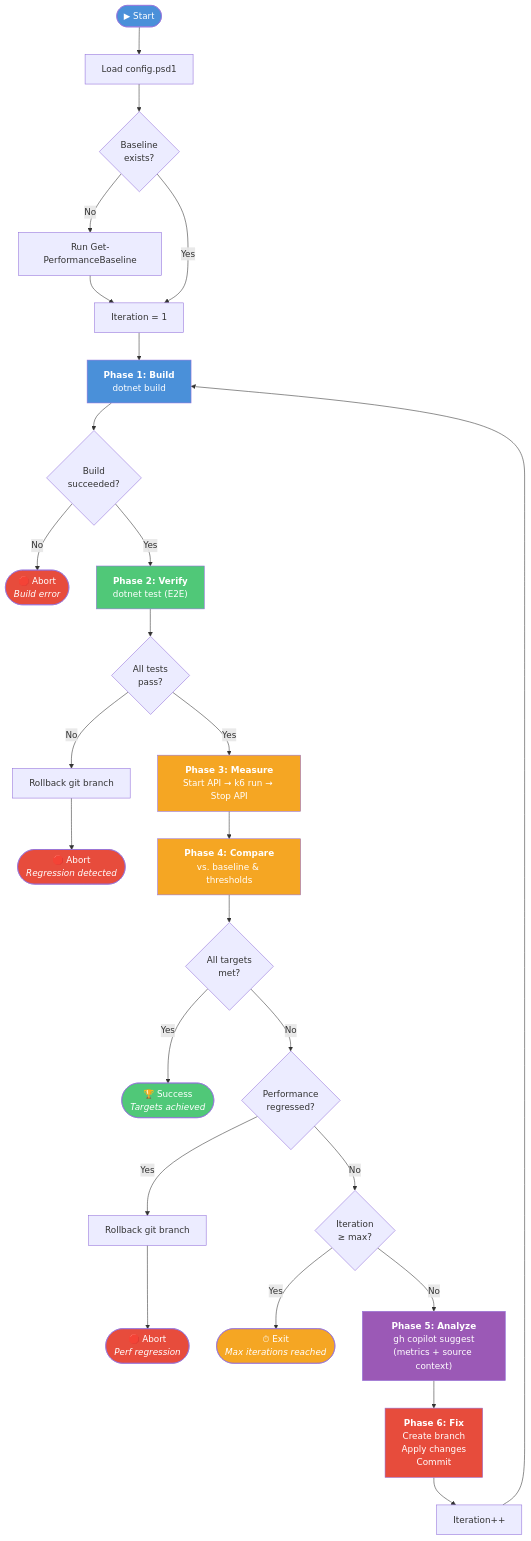
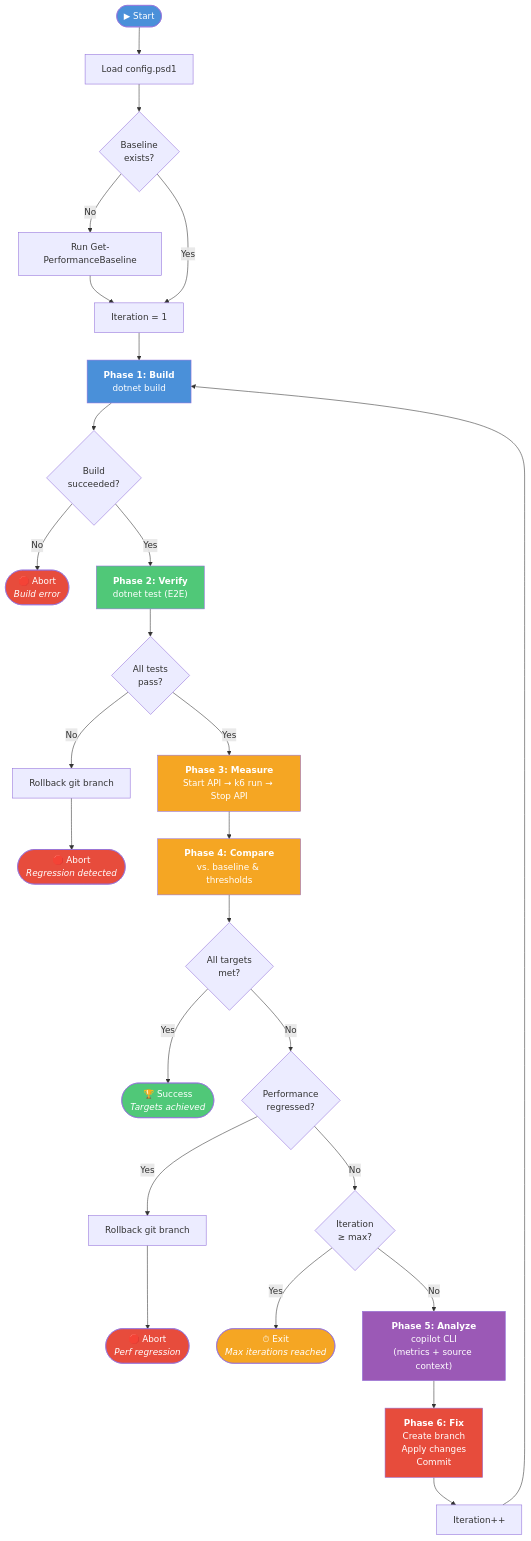
One commit to J-Bax/Hone changed the fourth of 6 diagrams in README.md. Above: the diagram before and after it, drawn with Mermaid. The commit also changed other lines of this file and 1 other file, not shown here.

First line of the commit message:
docs: sync architecture.md and README.md with actual codebase

````diff
--- a/README.md
+++ b/README.md
@@ -153,48 +153,48 @@
 ```mermaid
 flowchart TD
     START(["▶ Start"]) --> LOAD_CONFIG["Load config.psd1"]
     LOAD_CONFIG --> CHECK_BASELINE{"Baseline<br/>exists?"}
     CHECK_BASELINE -- No --> RUN_BASELINE["Run Get-PerformanceBaseline"]
     RUN_BASELINE --> SET_ITER
     CHECK_BASELINE -- Yes --> SET_ITER["Iteration = 1"]
 
     SET_ITER --> BUILD["<b>Phase 1: Build</b><br/>dotnet build"]
     BUILD --> BUILD_OK{"Build<br/>succeeded?"}
     BUILD_OK -- No --> ABORT_BUILD(["🛑 Abort<br/><i>Build error</i>"])
     BUILD_OK -- Yes --> VERIFY
 
     VERIFY["<b>Phase 2: Verify</b><br/>dotnet test (E2E)"] --> TESTS_OK{"All tests<br/>pass?"}
     TESTS_OK -- No --> ROLLBACK_TEST["Rollback git branch"]
     ROLLBACK_TEST --> ABORT_TEST(["🛑 Abort<br/><i>Regression detected</i>"])
     TESTS_OK -- Yes --> MEASURE
 
     MEASURE["<b>Phase 3: Measure</b><br/>Start API → k6 run → Stop API"] --> COMPARE
 
     COMPARE["<b>Phase 4: Compare</b><br/>vs. baseline & thresholds"] --> TARGETS_MET{"All targets<br/>met?"}
     TARGETS_MET -- Yes --> SUCCESS(["🏆 Success<br/><i>Targets achieved</i>"])
 
     TARGETS_MET -- No --> REGRESSED{"Performance<br/>regressed?"}
     REGRESSED -- Yes --> ROLLBACK_PERF["Rollback git branch"]
     ROLLBACK_PERF --> ABORT_PERF(["🛑 Abort<br/><i>Perf regression</i>"])
 
     REGRESSED -- No --> MAX_ITER{"Iteration<br/>≥ max?"}
     MAX_ITER -- Yes --> LIMIT(["⏱ Exit<br/><i>Max iterations reached</i>"])
 
-    MAX_ITER -- No --> ANALYZE["<b>Phase 5: Analyze</b><br/>gh copilot suggest<br/>(metrics + source context)"]
+    MAX_ITER -- No --> ANALYZE["<b>Phase 5: Analyze</b><br/>copilot CLI<br/>(metrics + source context)"]
     ANALYZE --> FIX["<b>Phase 6: Fix</b><br/>Create branch<br/>Apply changes<br/>Commit"]
     FIX --> INCREMENT["Iteration++"]
     INCREMENT --> BUILD
 
     style START fill:#4a90d9,color:#fff
     style SUCCESS fill:#50c878,color:#fff
     style ABORT_BUILD fill:#e74c3c,color:#fff
     style ABORT_TEST fill:#e74c3c,color:#fff
     style ABORT_PERF fill:#e74c3c,color:#fff
     style LIMIT fill:#f5a623,color:#fff
     style BUILD fill:#4a90d9,color:#fff
     style VERIFY fill:#50c878,color:#fff
     style MEASURE fill:#f5a623,color:#fff
     style COMPARE fill:#f5a623,color:#fff
     style ANALYZE fill:#9b59b6,color:#fff
     style FIX fill:#e74c3c,color:#fff
 ```
````
